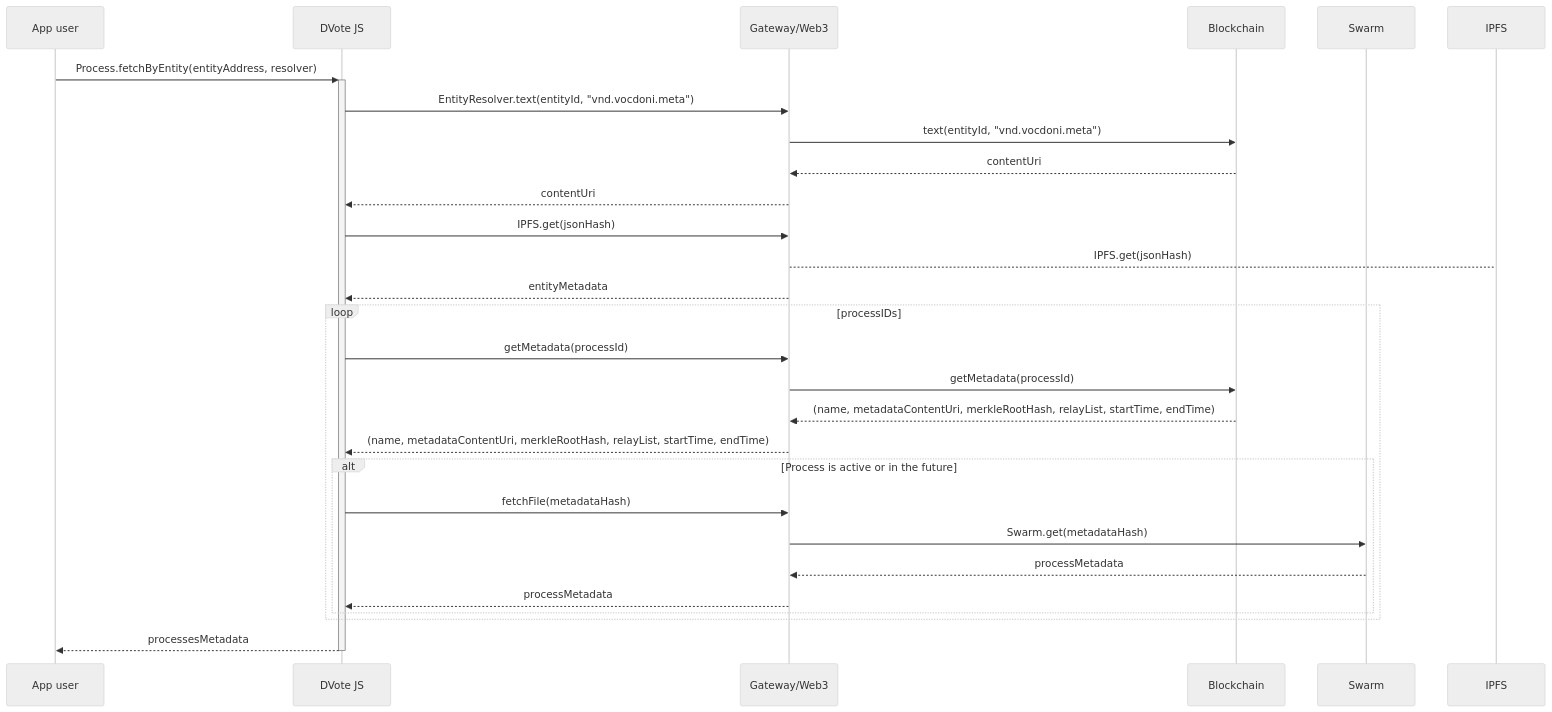
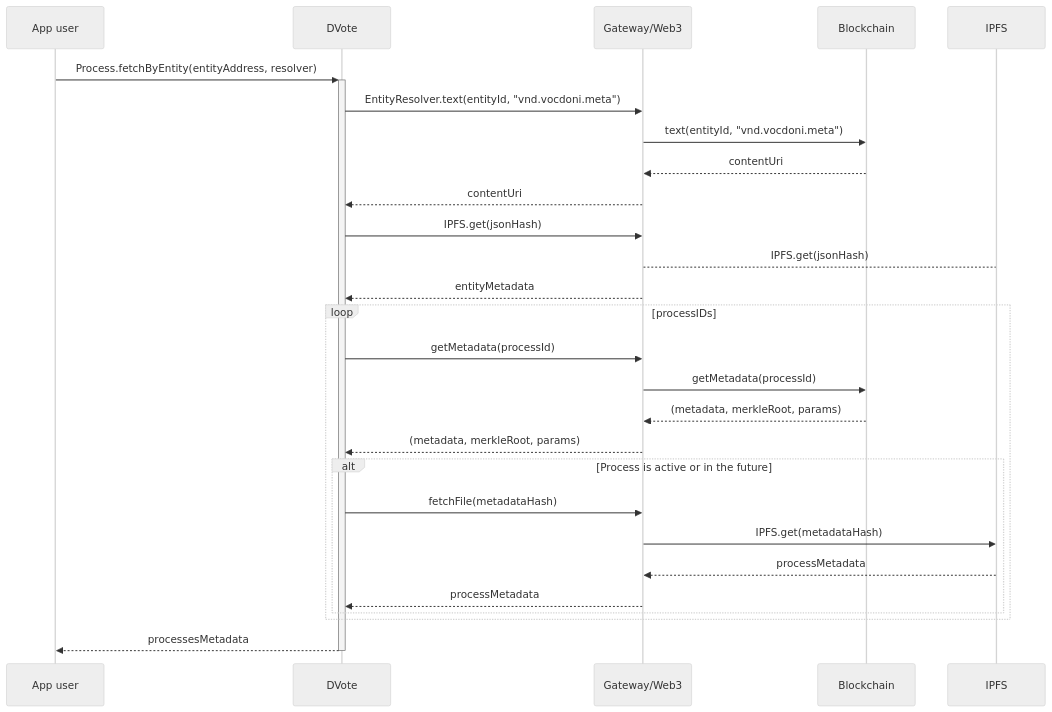
Before and after one commit to vocdoni/docs: the fifth of 10 diagrams in docs/architecture/sequence-diagrams.md, drawn with Mermaid (neutral theme). The commit also changed other lines of this file, not shown here.

Commit message:
Sequence diagrams

````diff
--- a/docs/architecture/sequence-diagrams.md
+++ b/docs/architecture/sequence-diagrams.md
@@ -202,36 +197,36 @@
 ```mermaid
 sequenceDiagram
     participant App as App user
-    participant DV as DVote JS
+    participant DV as DVote
     participant GW as Gateway/Web3
     participant BC as Blockchain
-    participant SW as Swarm
+    participant IPFS as IPFS
 
     App->>+DV: Process.fetchByEntity(entityAddress, resolver)
 
         DV->>GW: EntityResolver.text(entityId, "vnd.vocdoni.meta")
             GW->>BC: text(entityId, "vnd.vocdoni.meta")
             BC-->>GW: contentUri
         GW-->>DV: contentUri
 
         DV->>GW: IPFS.get(jsonHash)
             GW-->IPFS: IPFS.get(jsonHash)
         GW-->>DV: entityMetadata
 
         loop processIDs
 
             DV->>GW: getMetadata(processId)
                 GW->>BC: getMetadata(processId)
-                BC-->>GW: (name, metadataContentUri, merkleRootHash, relayList, startTime, endTime)
-            GW-->>DV: (name, metadataContentUri, merkleRootHash, relayList, startTime, endTime)
+                BC-->>GW: (metadata, merkleRoot, params)
+            GW-->>DV: (metadata, merkleRoot, params)
 
             alt Process is active or in the future
                 DV->>GW: fetchFile(metadataHash)
-                GW->>SW: Swarm.get(metadataHash)
-                SW-->>GW: processMetadata
+                GW->>IPFS: IPFS.get(metadataHash)
+                IPFS-->>GW: processMetadata
                 GW-->>DV: processMetadata
             end
         end
 
     DV-->>-App: processesMetadata
 ```
````
